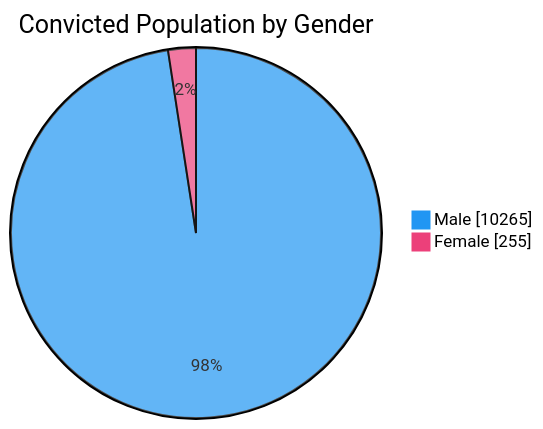
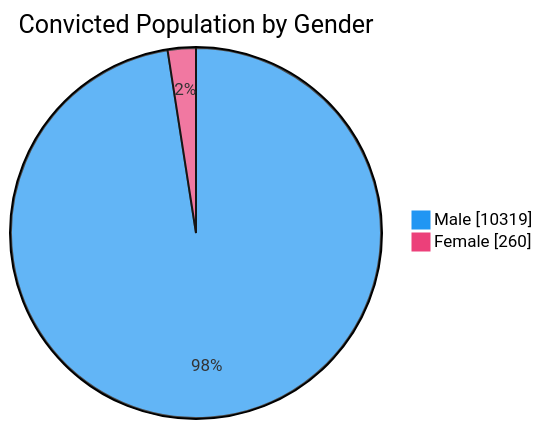
The third of 7 diagrams in README.md (nuuuwan/lk_prisons), drawn with Mermaid before and after one commit. The commit also changed other lines of this file and 1 other file, not shown here.

````diff
--- a/README.md
+++ b/README.md
@@ -65,6 +65,6 @@
 ```mermaid
 %%{init: {'themeVariables': {'pie1': '#2196F3', 'pie2': '#EC407A'}}}%%
 pie showData title Convicted Population by Gender
-    "Male" : 10265
-    "Female" : 255
+    "Male" : 10319
+    "Female" : 260
 ```
````
